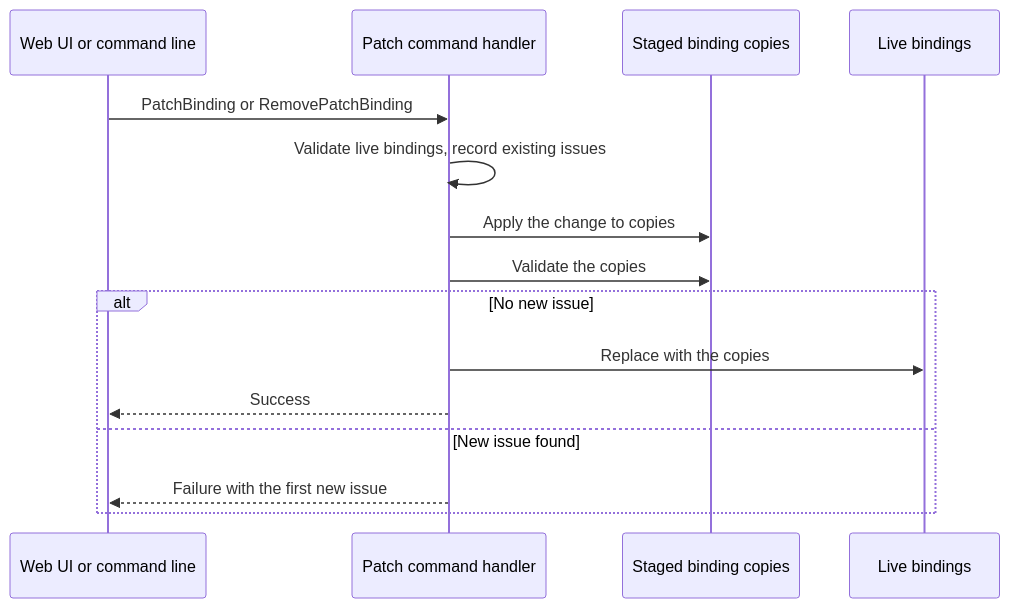
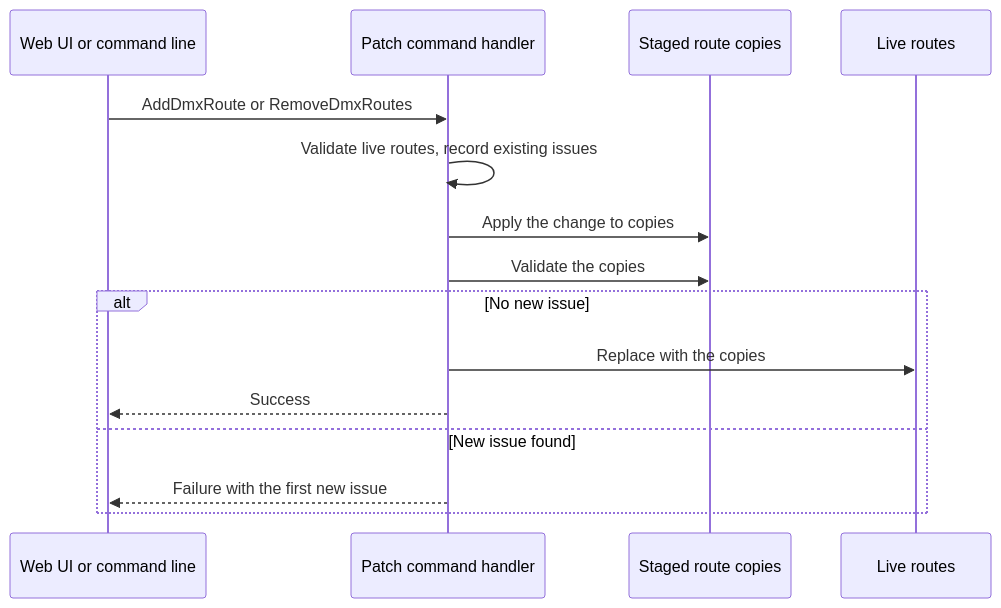
The fourth of 6 diagrams in docs/internal/src/domains/fixtures-and-output.md (stewartadam/nightfall-lightdesk), drawn with Mermaid before and after one commit. The commit also changed other lines of this file and 9 other files, not shown here.

````diff
--- a/docs/internal/src/domains/fixtures-and-output.md
+++ b/docs/internal/src/domains/fixtures-and-output.md
@@ -212,19 +212,19 @@
 ```mermaid
 sequenceDiagram
   accTitle: Staged patch validation
-  accDescr: A patch command reaches the fixture command handler. The handler validates the current bindings, applies the change to copies, and validates the copies. It commits the copies only when no new issue appears, and otherwise rejects the command and leaves the live bindings untouched.
+  accDescr: A patch command reaches the fixture command handler. The handler validates the current routes, applies the change to copies, and validates the copies. It commits the copies only when no new issue appears, and otherwise rejects the command and leaves the live routes untouched.
   participant Client as Web UI or command line
   participant Handler as Patch command handler
-  participant Copies as Staged binding copies
-  participant Live as Live bindings
-  Client->>Handler: PatchBinding or RemovePatchBinding
-  Handler->>Handler: Validate live bindings, record existing issues
+  participant Copies as Staged route copies
+  participant Live as Live routes
+  Client->>Handler: AddDmxRoute or RemoveDmxRoutes
+  Handler->>Handler: Validate live routes, record existing issues
   Handler->>Copies: Apply the change to copies
   Handler->>Copies: Validate the copies
   alt No new issue
     Handler->>Live: Replace with the copies
     Handler-->>Client: Success
   else New issue found
     Handler-->>Client: Failure with the first new issue
   end
 ```
````
